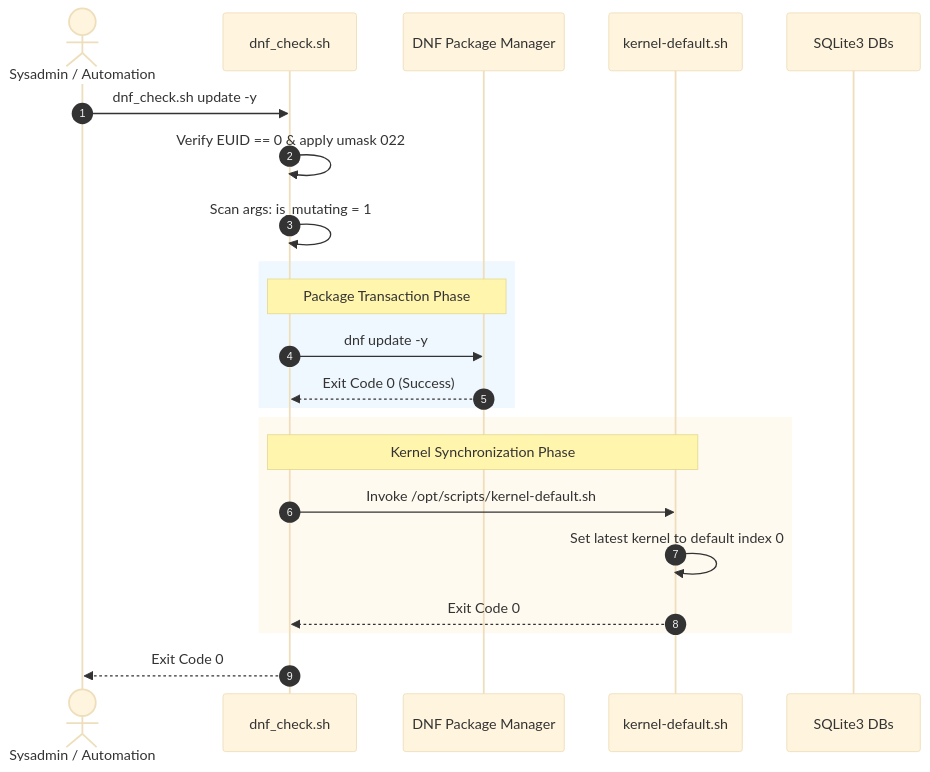
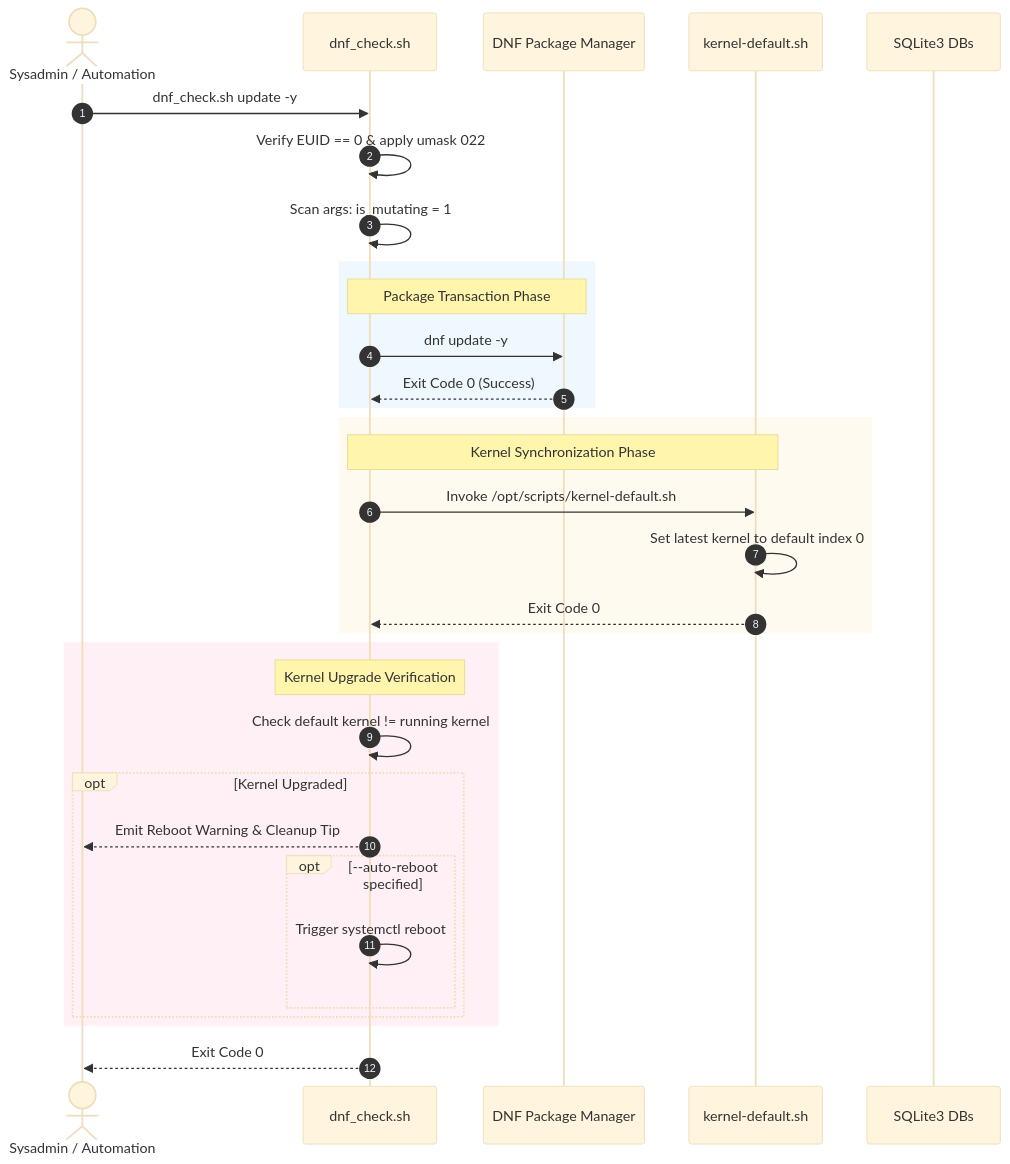
One commit to edsilegxrepo/devops changed the second of 4 diagrams in os_sys/dnf_check_README.md. Above: the diagram before and after it, drawn with Mermaid (base theme). The commit also changed other lines of this file and 1 other file, not shown here.

First line of the commit message:
feat(os_sys): add kernel upgrade detection and auto-reboot to dnf_check.sh

````diff
--- a/os_sys/dnf_check_README.md
+++ b/os_sys/dnf_check_README.md
@@ -76,28 +82,39 @@
 ```mermaid
 sequenceDiagram
     autonumber
     actor Admin as Sysadmin / Automation
     participant Wrapper as dnf_check.sh
     participant DNF as DNF Package Manager
     participant Kernel as kernel-default.sh
     participant SQLite as SQLite3 DBs
 
     Admin->>Wrapper: dnf_check.sh update -y
     Wrapper->>Wrapper: Verify EUID == 0 & apply umask 022
     Wrapper->>Wrapper: Scan args: is_mutating = 1
 
     rect rgb(240, 248, 255)
         Note over Wrapper,DNF: Package Transaction Phase
         Wrapper->>DNF: dnf update -y
         DNF-->>Wrapper: Exit Code 0 (Success)
     end
 
     rect rgb(255, 250, 240)
         Note over Wrapper,Kernel: Kernel Synchronization Phase
         Wrapper->>Kernel: Invoke /opt/scripts/kernel-default.sh
         Kernel->>Kernel: Set latest kernel to default index 0
         Kernel-->>Wrapper: Exit Code 0
     end
 
+    rect rgb(255, 240, 245)
+        Note over Wrapper: Kernel Upgrade Verification
+        Wrapper->>Wrapper: Check default kernel != running kernel
+        opt Kernel Upgraded
+            Wrapper-->>Admin: Emit Reboot Warning & Cleanup Tip
+            opt --auto-reboot specified
+                Wrapper->>Wrapper: Trigger systemctl reboot
+            end
+        end
+    end
+
     Wrapper-->>Admin: Exit Code 0
 ```
````
